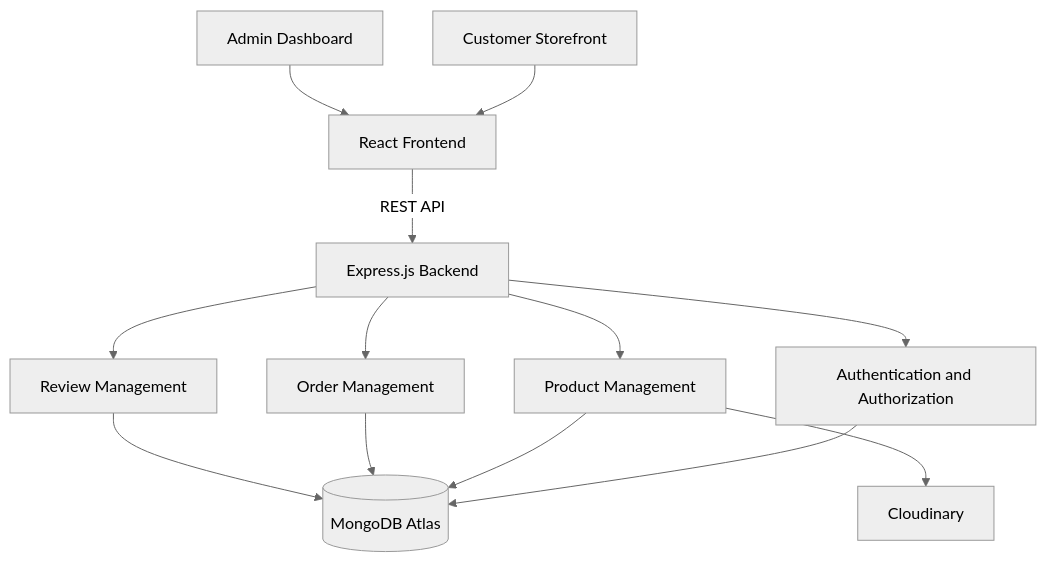
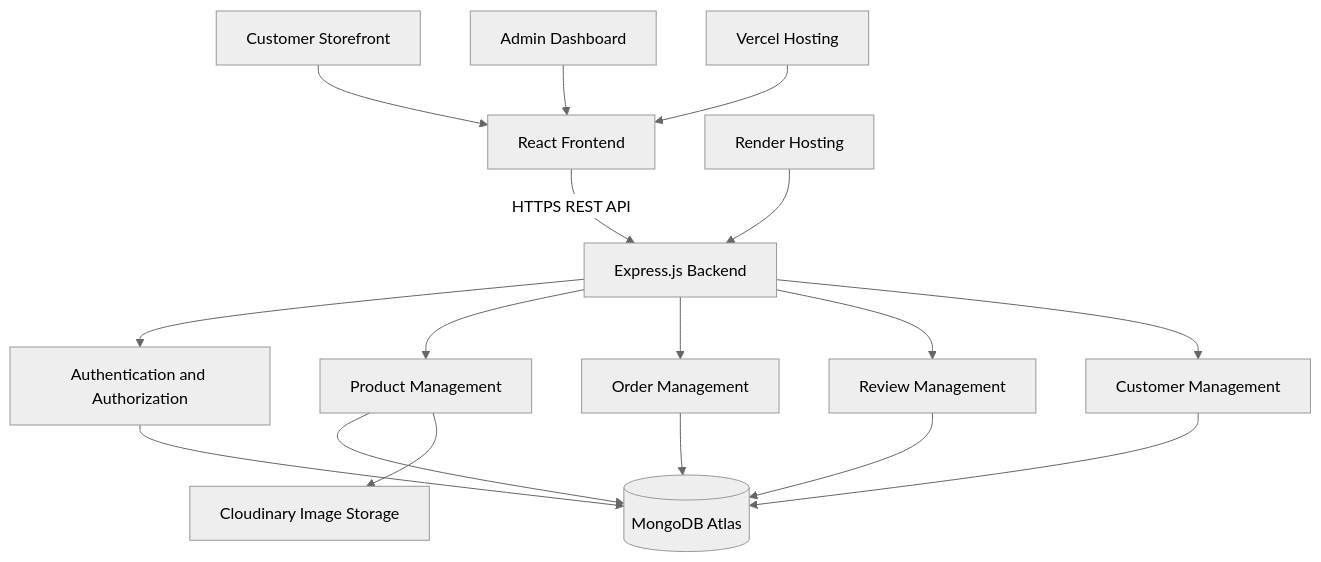
One commit to Tribalchiefcoder/ShopSphere changed the first of 3 diagrams in README.md. Above: the diagram before and after it, drawn with Mermaid (neutral theme). The commit also changed other lines of this file, not shown here.

````diff
--- a/README.md
+++ b/README.md
@@ -73,15 +127,24 @@
 ```mermaid
 flowchart TD
     A[Customer Storefront] --> C[React Frontend]
     B[Admin Dashboard] --> C
-    C -->|REST API| D[Express.js Backend]
+
+    C -->|HTTPS REST API| D[Express.js Backend]
+
     D --> E[Authentication and Authorization]
     D --> F[Product Management]
     D --> G[Order Management]
     D --> H[Review Management]
-    E --> I[(MongoDB Atlas)]
-    F --> I
-    G --> I
-    H --> I
-    F --> J[Cloudinary]
+    D --> I[Customer Management]
+
+    E --> J[(MongoDB Atlas)]
+    F --> J
+    G --> J
+    H --> J
+    I --> J
+
+    F --> K[Cloudinary Image Storage]
+
+    L[Vercel Hosting] --> C
+    M[Render Hosting] --> D
 ```
````
